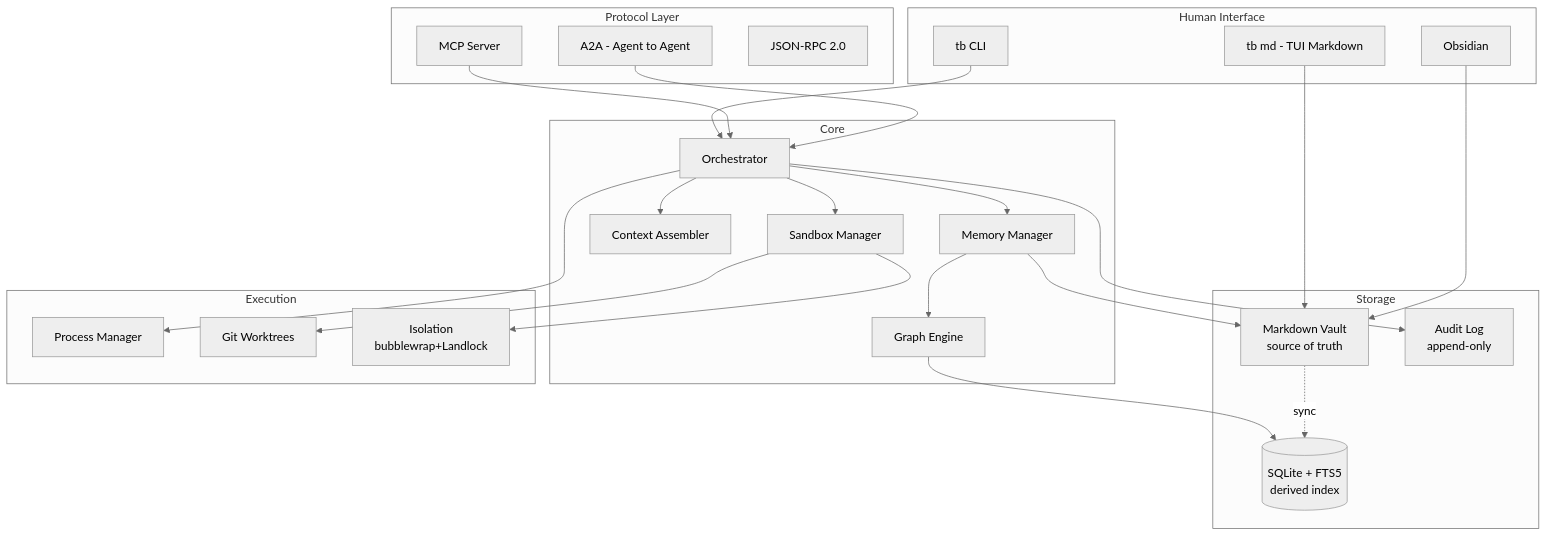
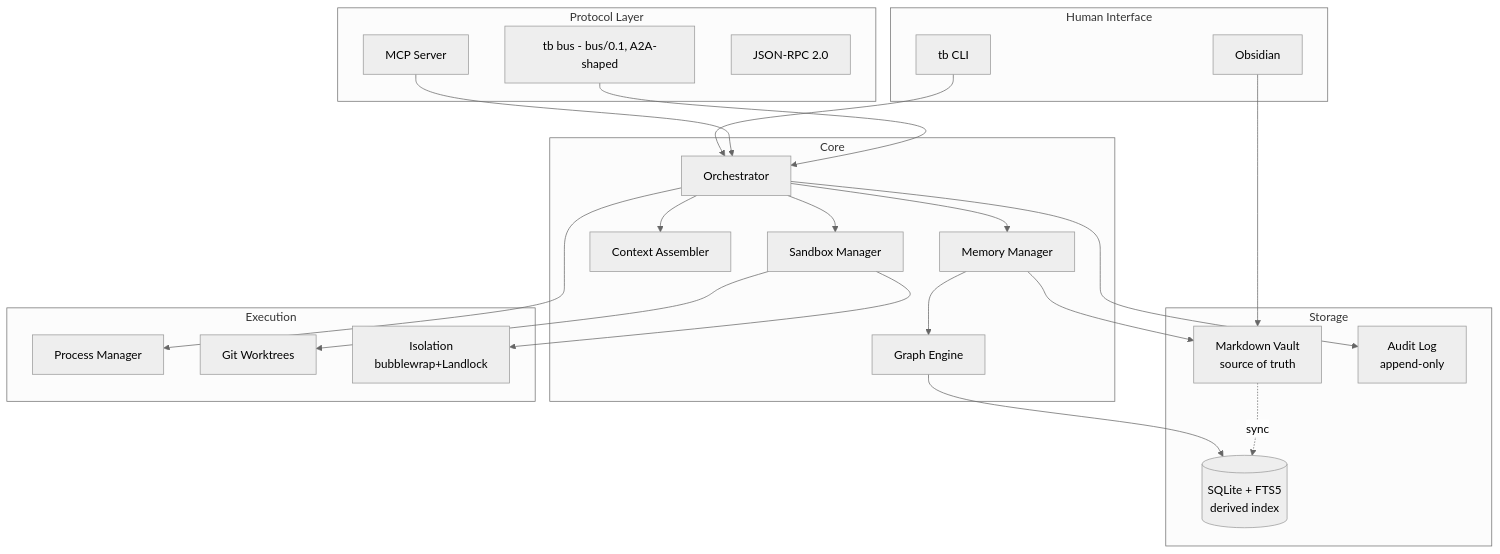
Before and after one commit to leonardo-moraes360/toolbelt: the first of 17 diagrams in docs/arquitetura.md, drawn with Mermaid (neutral theme). The commit also changed other lines of this file and 17 other files, not shown here.

````diff
--- a/docs/arquitetura.md
+++ b/docs/arquitetura.md
@@ -9,55 +9,53 @@
 ```mermaid
 graph TB
     subgraph "Human Interface"
         CLI[tb CLI]
-        TUI[tb md - TUI Markdown]
         OBS[Obsidian]
     end
 
     subgraph "Protocol Layer"
         MCP[MCP Server]
-        A2A[A2A - Agent to Agent]
+        BUS[tb bus - bus/0.1, A2A-shaped]
         RPC[JSON-RPC 2.0]
     end
 
     subgraph "Core"
         ORCH[Orchestrator]
         MEM[Memory Manager]
         CTX[Context Assembler]
         GRAPH[Graph Engine]
         SANDBOX[Sandbox Manager]
     end
 
     subgraph "Storage"
         VAULT[Markdown Vault<br/>source of truth]
         SQLITE[(SQLite + FTS5<br/>derived index)]
         AUDIT[Audit Log<br/>append-only]
     end
 
     subgraph "Execution"
         PROC[Process Manager]
         WORK[Git Worktrees]
         ISO[Isolation<br/>bubblewrap+Landlock]
     end
 
     CLI --> ORCH
-    TUI --> VAULT
     OBS --> VAULT
     MCP --> ORCH
-    A2A --> ORCH
+    BUS --> ORCH
 
     ORCH --> MEM
     ORCH --> CTX
     ORCH --> SANDBOX
     ORCH --> PROC
 
     MEM --> VAULT
     MEM --> GRAPH
     GRAPH --> SQLITE
     VAULT -.->|sync| SQLITE
 
     SANDBOX --> WORK
     SANDBOX --> ISO
 
     ORCH --> AUDIT
 ```
````
